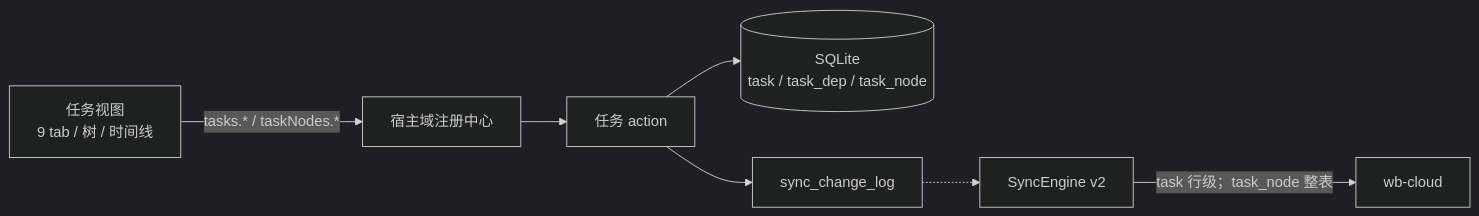
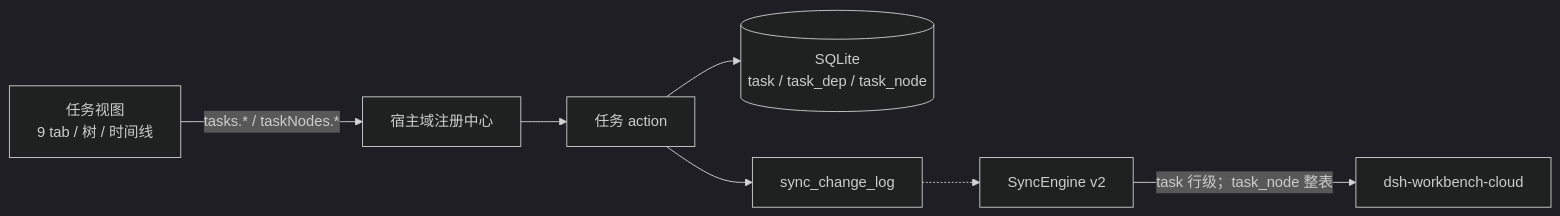
One commit to ityyq777/dsh-workbench-source changed the first of 3 diagrams in docs/specs/09-任务模块迁移方案.md. Above: the diagram before and after it, drawn with Mermaid (dark theme). The commit also changed 15 other files, not shown here.

Commit message:
chore(cloud): 移除旧 Node 云端服务与 test:sync

````diff
--- a/docs/specs/09-任务模块迁移方案.md
+++ b/docs/specs/09-任务模块迁移方案.md
@@ -8,9 +8,9 @@
 ```mermaid
 flowchart LR
   UI["任务视图<br/>9 tab / 树 / 时间线"] -->|"tasks.* / taskNodes.*"| H["宿主域注册中心"]
   H --> A["任务 action"]
   A --> DB[("SQLite<br/>task / task_dep / task_node")]
   A --> LOG["sync_change_log"]
   LOG -.-> SYNC["SyncEngine v2"]
-  SYNC -->|"task 行级；task_node 整表"| CLOUD["wb-cloud"]
+  SYNC -->|"task 行级；task_node 整表"| CLOUD["dsh-workbench-cloud"]
 ```
````
